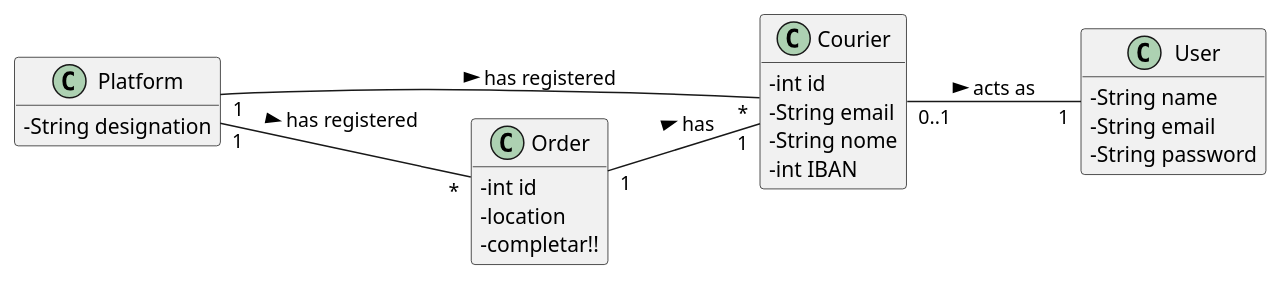
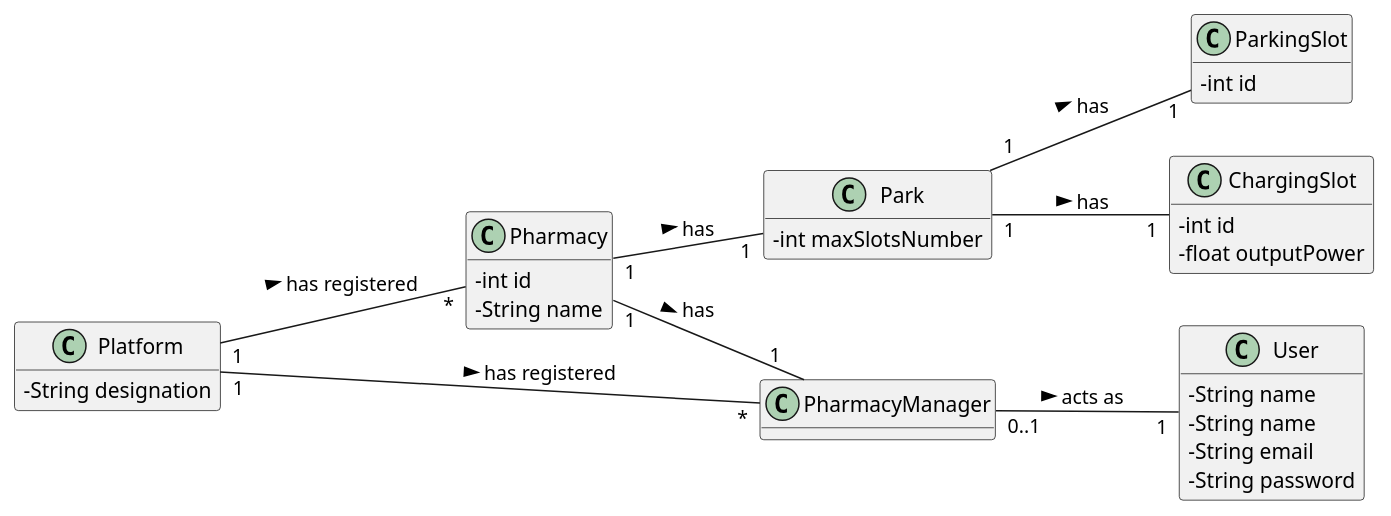
The diagram in docs/Iteration 1/Pharmacy Management/US40_RegisterPhamacy/US40_DM.puml (tiagoavcosta25/LAPR3), drawn with PlantUML before and after one commit. The commit also changed 6 other files, not shown here.

```diff
--- a/docs/Iteration 1/Pharmacy Management/US40_RegisterPhamacy/US40_DM.puml
+++ b/docs/Iteration 1/Pharmacy Management/US40_RegisterPhamacy/US40_DM.puml
@@ -1,31 +1,45 @@
 @startuml
 skinparam classAttributeIconSize 0
 hide methods
 left to right direction
 
 class Platform {
 -   String designation
 }
-class Courier{
+
+class Pharmacy{
 -   int id
--   String email
--   String nome
--   int IBAN
+-   String name
 }
+
 class User{
+-   String name
 -   String name
 -   String email
 -   String password
 }
 
-class Order{
--   int id
--   location
--   completar!!
+class PharmacyManager{
 }
 
-Platform "1" -- "*" Courier : has registered >
-Platform "1" -- "*" Order : has registered >
-Courier "0..1" -- "1" User: acts as >
-Order "1" -- "1" Courier : has >
+class Park{
+-   int maxSlotsNumber
+}
+
+class ChargingSlot{
+-   int id
+-   float outputPower
+}
+
+class ParkingSlot{
+-   int id
+}
+
+Platform "1" -- "*" Pharmacy : has registered >
+Platform "1" -- "*" PharmacyManager : has registered >
+PharmacyManager "0..1" -- "1" User: acts as >
+Pharmacy "1" -- "1" PharmacyManager : has >
+Pharmacy "1" -- "1" Park : has >
+Park "1" -- "1" ChargingSlot : has >
+Park "1" -- "1" ParkingSlot : has >
 @enduml
```
